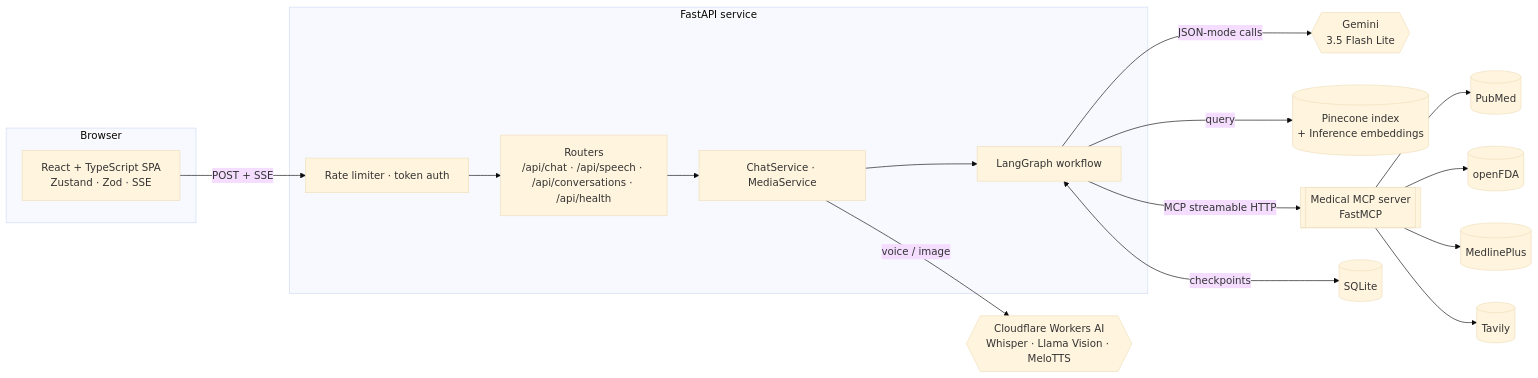
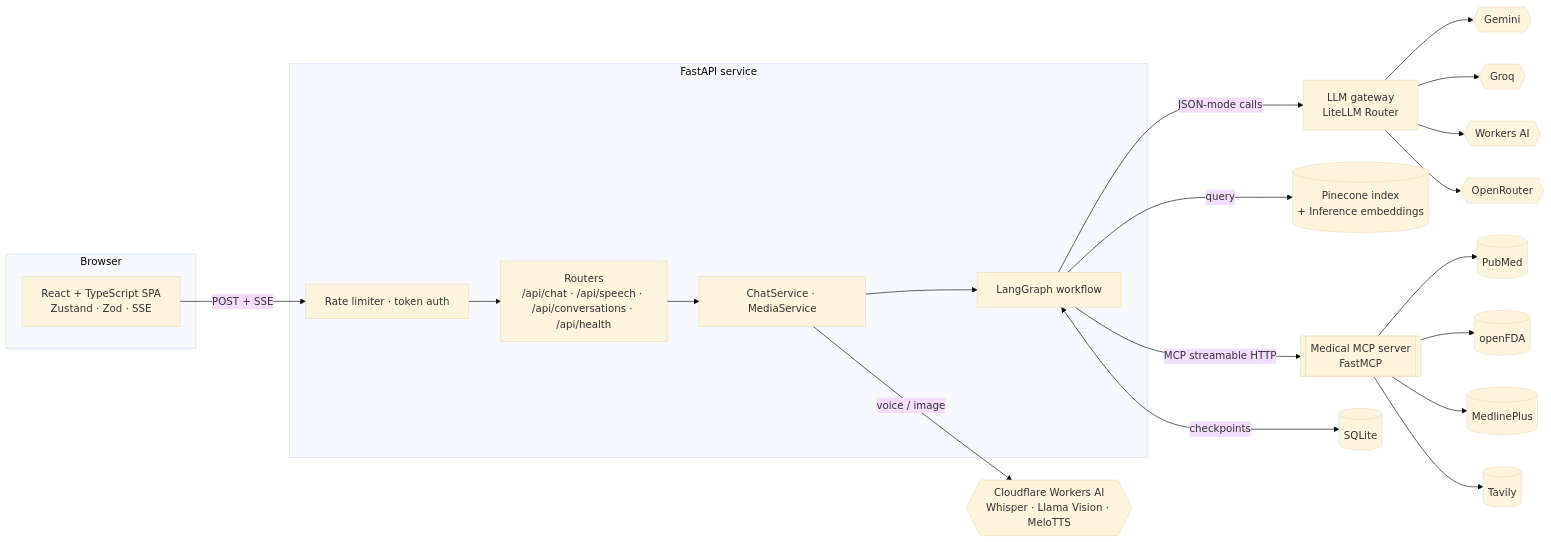
One commit to MamitianaRak/Medical-Agentic-Chatbot changed the first of 2 diagrams in README.md. Above: the diagram before and after it, drawn with Mermaid (base theme). The commit also changed other lines of this file and 22 other files, not shown here.

````diff
--- a/README.md
+++ b/README.md
@@ -81,21 +86,22 @@
 ```mermaid
 flowchart LR
     subgraph Browser
         UI[React + TypeScript SPA<br/>Zustand · Zod · SSE]
     end
 
     subgraph API[FastAPI service]
         R[Routers<br/>/api/chat · /api/speech · /api/conversations · /api/health]
         RL[Rate limiter · token auth]
         S[ChatService · MediaService]
         G[LangGraph workflow]
     end
 
     UI -- "POST + SSE" --> RL --> R --> S --> G
-    G -- JSON-mode calls --> LLM{{Gemini<br/>3.5 Flash Lite}}
+    G -- JSON-mode calls --> GW[LLM gateway<br/>LiteLLM Router]
+    GW --> GEM{{Gemini}} & GRQ{{Groq}} & CFL{{Workers AI}} & ORT{{OpenRouter}}
     G -- query --> PC[(Pinecone index<br/>+ Inference embeddings)]
     G -- MCP streamable HTTP --> MCP[[Medical MCP server<br/>FastMCP]]
     MCP --> PM[(PubMed)] & FDA[(openFDA)] & MP[(MedlinePlus)] & TV[(Tavily)]
     S -- voice / image --> CF{{Cloudflare Workers AI<br/>Whisper · Llama Vision · MeloTTS}}
     G <-- checkpoints --> DB[(SQLite)]
 ```
````
